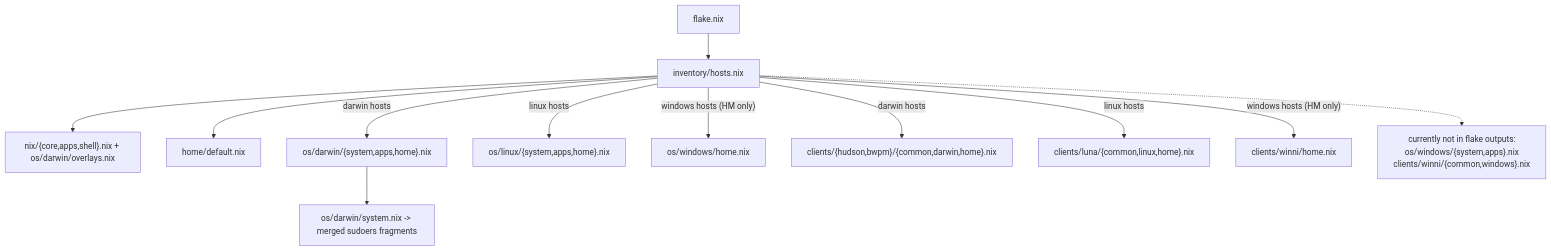
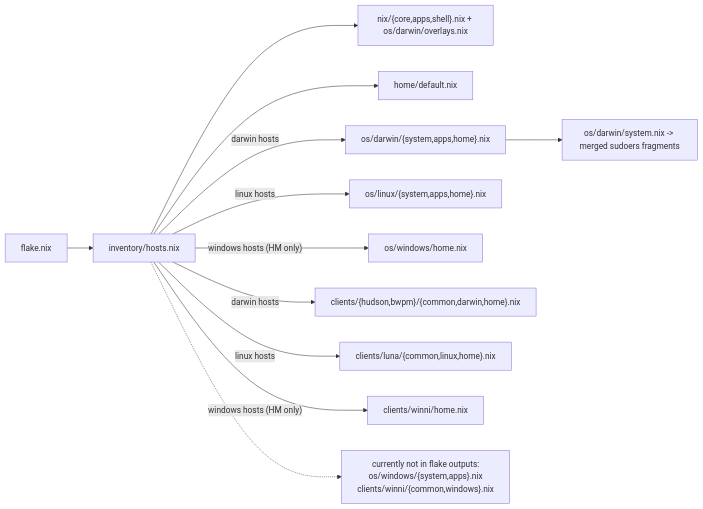
One commit to ststefa/ststefanix changed the diagram in docs/dependency-graph.md. Above: the diagram before and after it, drawn with Mermaid. The commit also changed 14 other files, not shown here.

````diff
--- a/docs/dependency-graph.md
+++ b/docs/dependency-graph.md
@@ -1,35 +1,35 @@
 ```mermaid
-flowchart TD
+flowchart LR
   flake["flake.nix"]
   hosts["inventory/hosts.nix"]
 
   flake --> hosts
 
   base["nix/{core,apps,shell}.nix + os/darwin/overlays.nix"]
   home_default["home/default.nix"]
 
   os_darwin["os/darwin/{system,apps,home}.nix"]
   os_linux["os/linux/{system,apps,home}.nix"]
   os_windows_home["os/windows/home.nix"]
 
   clients_darwin["clients/{hudson,bwpm}/{common,darwin,home}.nix"]
   clients_linux["clients/luna/{common,linux,home}.nix"]
   clients_windows_home["clients/winni/home.nix"]
 
   extra_darwin["os/darwin/system.nix -> merged sudoers fragments"]
   unreachable_windows["currently not in flake outputs:\nos/windows/{system,apps}.nix\nclients/winni/{common,windows}.nix"]
 
   hosts -->|"darwin hosts"| os_darwin
   hosts -->|"linux hosts"| os_linux
   hosts -->|"windows hosts (HM only)"| os_windows_home
 
   hosts -->|"darwin hosts"| clients_darwin
   hosts -->|"linux hosts"| clients_linux
   hosts -->|"windows hosts (HM only)"| clients_windows_home
 
   hosts --> base
   hosts --> home_default
 
   os_darwin --> extra_darwin
   hosts -.-> unreachable_windows
 ```
````
